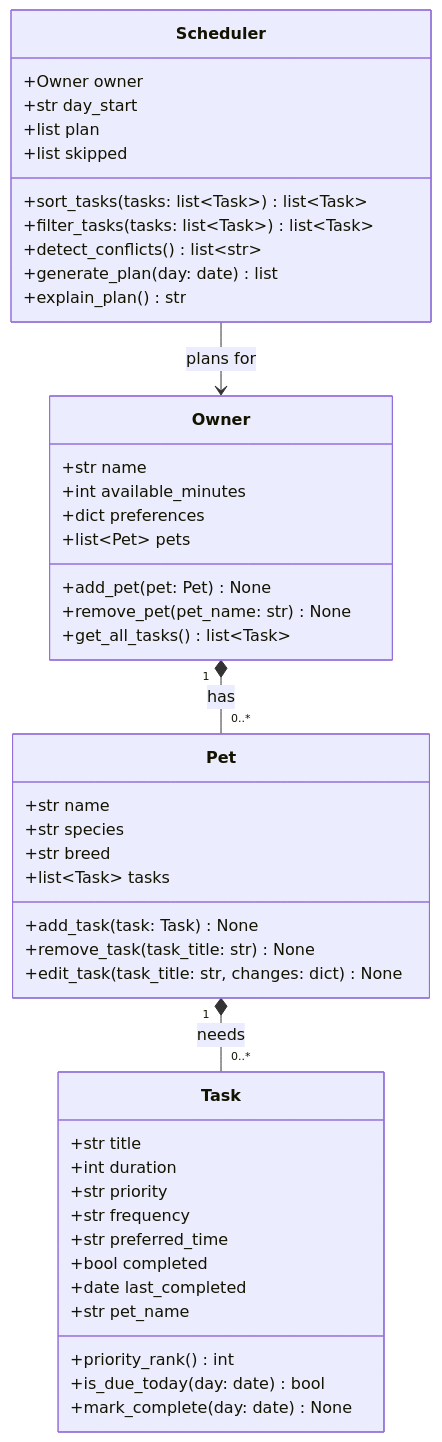
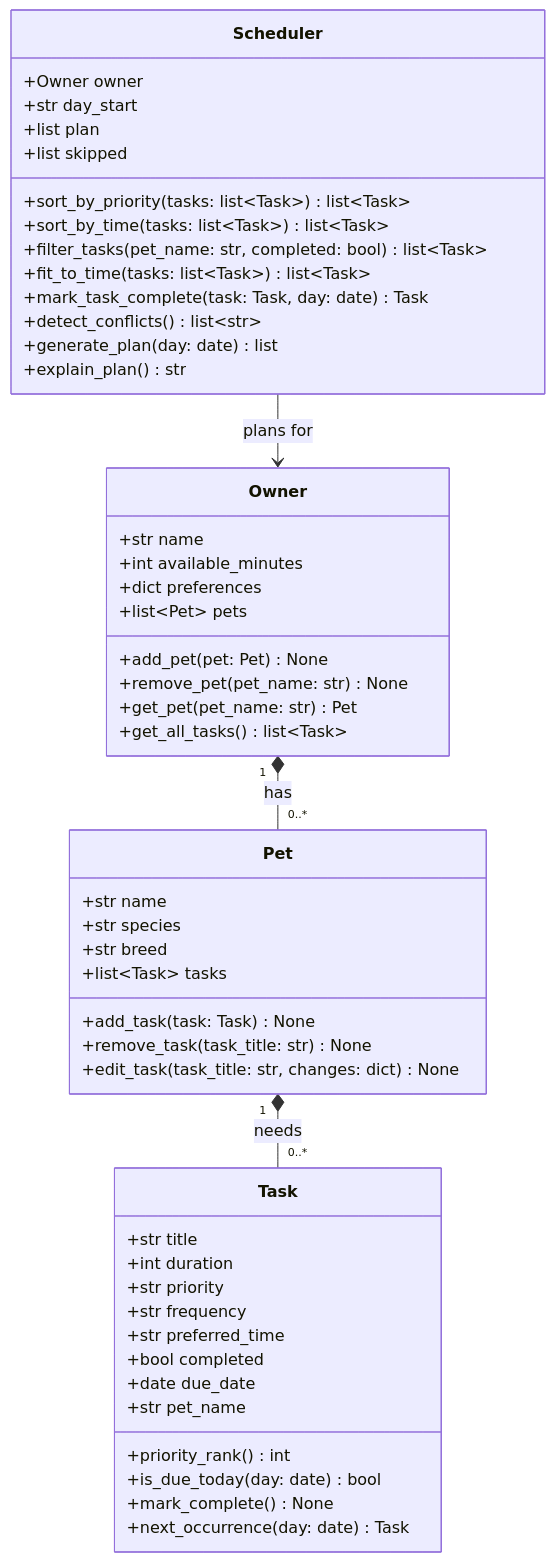
The diagram in diagrams/uml.mmd (AkhilRB0204/ai110-module2show-pawpal-starter), drawn with Mermaid before and after one commit. The commit also changed 6 other files, not shown here.

```diff
--- a/diagrams/uml.mmd
+++ b/diagrams/uml.mmd
@@ -1,53 +1,58 @@
 classDiagram
     %% PawPal+ initial design: Owner, Pet, Task, Scheduler.
     %% Keep this file updated so it matches your final implementation.
 
     class Owner {
         +str name
         +int available_minutes
         +dict preferences
         +list~Pet~ pets
         +add_pet(pet: Pet) None
         +remove_pet(pet_name: str) None
+        +get_pet(pet_name: str) Pet
         +get_all_tasks() list~Task~
     }
 
     class Pet {
         +str name
         +str species
         +str breed
         +list~Task~ tasks
         +add_task(task: Task) None
         +remove_task(task_title: str) None
         +edit_task(task_title: str, changes: dict) None
     }
 
     class Task {
         +str title
         +int duration
         +str priority
         +str frequency
         +str preferred_time
         +bool completed
-        +date last_completed
+        +date due_date
         +str pet_name
         +priority_rank() int
         +is_due_today(day: date) bool
-        +mark_complete(day: date) None
+        +mark_complete() None
+        +next_occurrence(day: date) Task
     }
 
     class Scheduler {
         +Owner owner
         +str day_start
         +list plan
         +list skipped
-        +sort_tasks(tasks: list~Task~) list~Task~
-        +filter_tasks(tasks: list~Task~) list~Task~
+        +sort_by_priority(tasks: list~Task~) list~Task~
+        +sort_by_time(tasks: list~Task~) list~Task~
+        +filter_tasks(pet_name: str, completed: bool) list~Task~
+        +fit_to_time(tasks: list~Task~) list~Task~
+        +mark_task_complete(task: Task, day: date) Task
         +detect_conflicts() list~str~
         +generate_plan(day: date) list
         +explain_plan() str
     }
 
     Owner "1" *-- "0..*" Pet : has
     Pet "1" *-- "0..*" Task : needs
     Scheduler --> Owner : plans for
```
